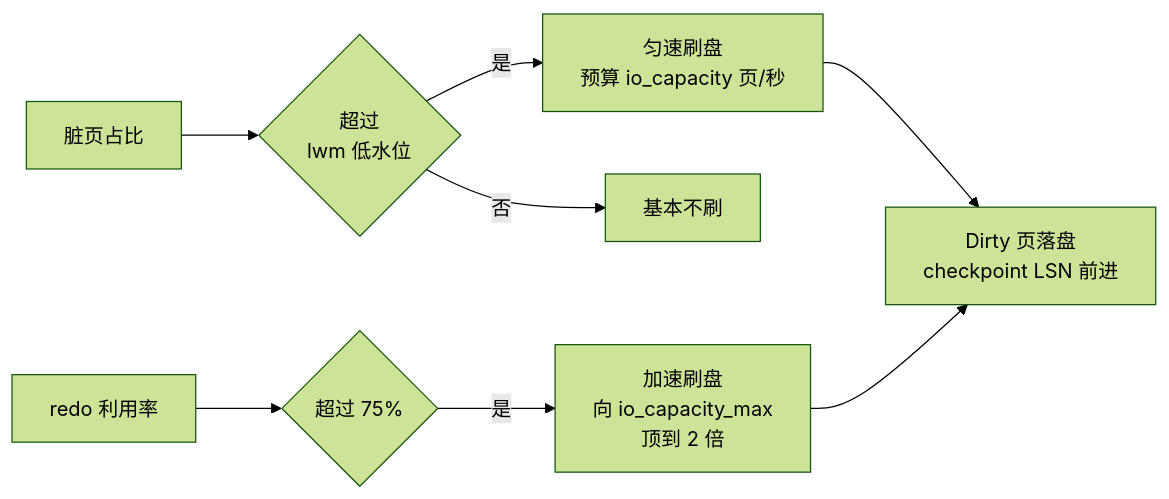
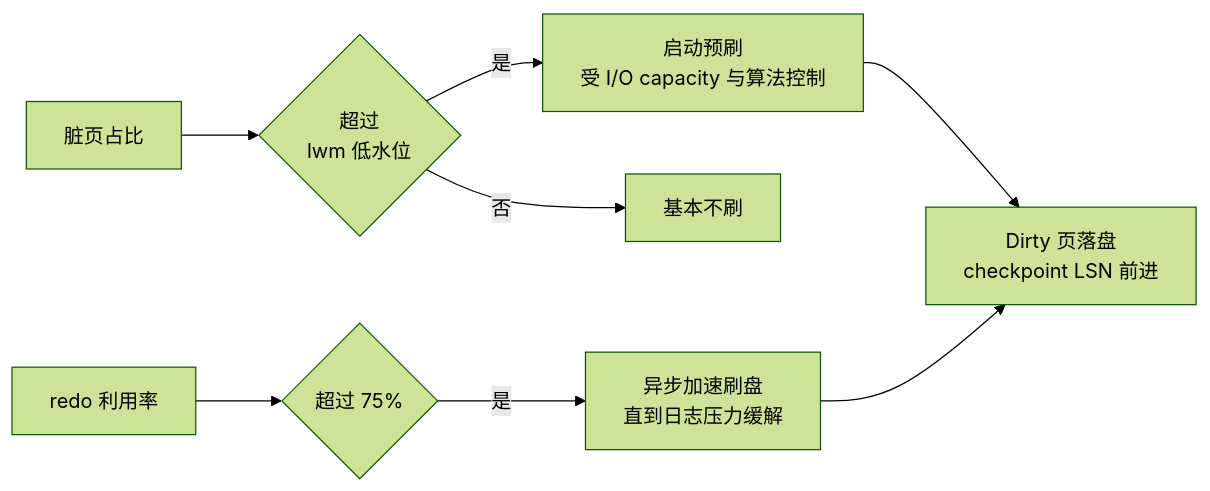
The diagram in content/posts/buffer-pool-lru-dirty-pages.md (MoreConsequence/MoreConsequence.github.io), drawn with Mermaid (forest theme) before and after one commit. The commit also changed other lines of this file and 263 other files, not shown here.

````diff
--- a/content/posts/buffer-pool-lru-dirty-pages.md
+++ b/content/posts/buffer-pool-lru-dirty-pages.md
@@ -44,10 +44,10 @@
 ```mermaid
 flowchart LR
     A[脏页占比] --> B{超过<br/>lwm 低水位}
-    B -- 是 --> C[匀速刷盘<br/>预算 io_capacity 页/秒]
+    B -- 是 --> C[启动预刷<br/>受 I/O capacity 与算法控制]
     B -- 否 --> D[基本不刷]
     C --> E[Dirty 页落盘<br/>checkpoint LSN 前进]
     F[redo 利用率] --> G{超过 75%}
-    G -- 是 --> H[加速刷盘<br/>向 io_capacity_max<br/>顶到 2 倍]
+    G -- 是 --> H[异步加速刷盘<br/>直到日志压力缓解]
     H --> E
 ```
````
